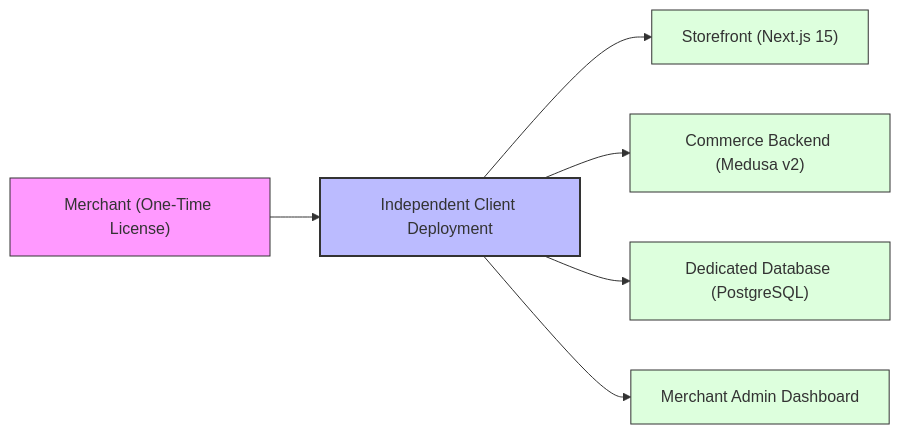
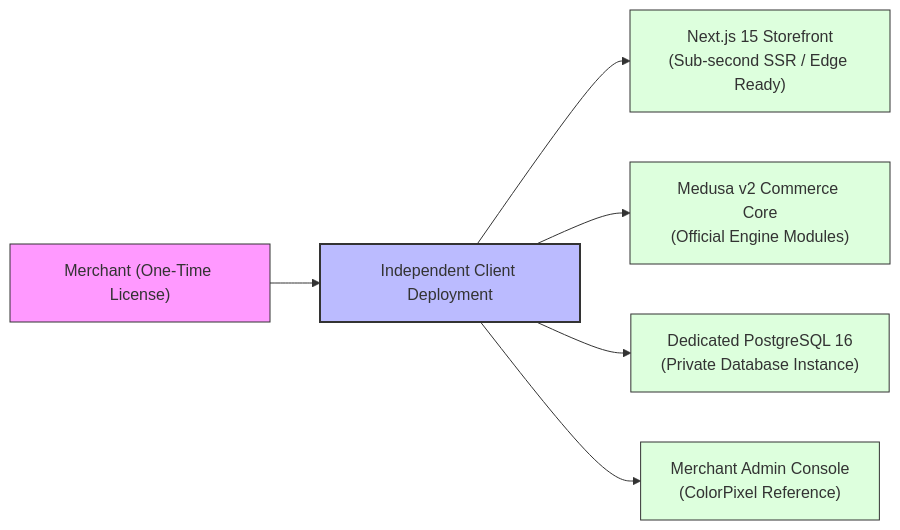
The diagram in docs/PRODUCT_REQUIREMENTS.md (Ajuworks96/theecombuddy), drawn with Mermaid before and after one commit. The commit also changed other lines of this file and 9 other files, not shown here.

Commit message:
fix(docs): incorporate step-01 architecture corrections across all specifications

````diff
--- a/docs/PRODUCT_REQUIREMENTS.md
+++ b/docs/PRODUCT_REQUIREMENTS.md
@@ -19,15 +17,15 @@
 ```mermaid
 graph LR
     A["Merchant (One-Time License)"] --> B["Independent Client Deployment"]
-    B --> C["Storefront (Next.js 15)"]
-    B --> D["Commerce Backend (Medusa v2)"]
-    B --> E["Dedicated Database (PostgreSQL)"]
-    B --> F["Merchant Admin Dashboard"]
+    B --> C["Next.js 15 Storefront\n(Sub-second SSR / Edge Ready)"]
+    B --> D["Medusa v2 Commerce Core\n(Official Engine Modules)"]
+    B --> E["Dedicated PostgreSQL 16\n(Private Database Instance)"]
+    B --> F["Merchant Admin Console\n(ColorPixel Reference)"]
     
     style A fill:#f9f,stroke:#333,stroke-width:1px
     style B fill:#bbf,stroke:#333,stroke-width:2px
     style C fill:#dfd,stroke:#333,stroke-width:1px
     style D fill:#dfd,stroke:#333,stroke-width:1px
     style E fill:#dfd,stroke:#333,stroke-width:1px
     style F fill:#dfd,stroke:#333,stroke-width:1px
 ```
````
